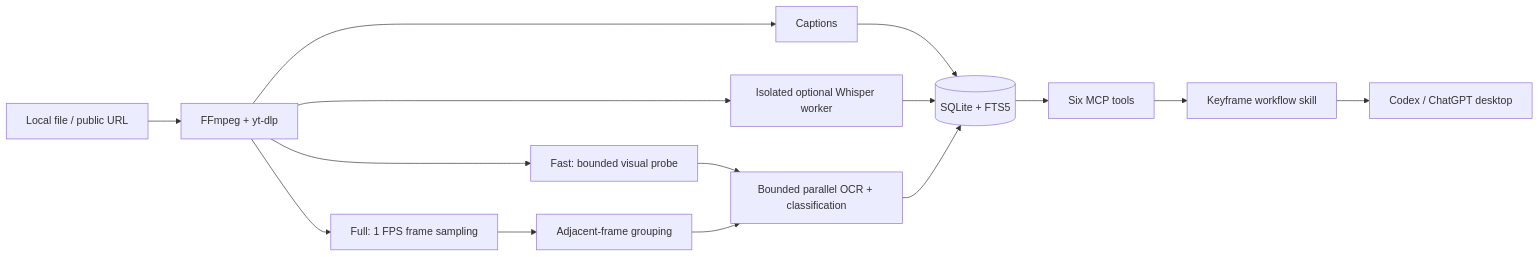
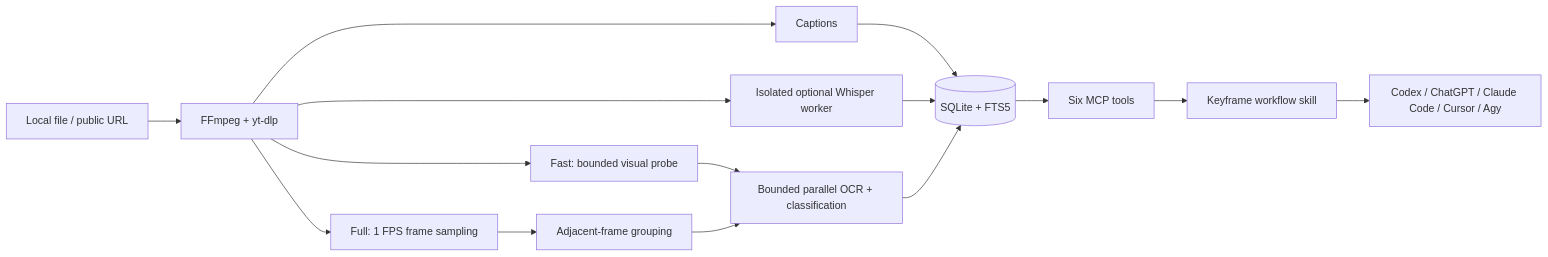
Before and after one commit to MatthewOscar/Keyframe: the diagram in README.md, drawn with Mermaid. The commit also changed other lines of this file and 18 other files, not shown here.

Commit message:
Add Claude Cursor and Agy compatibility

````diff
--- a/README.md
+++ b/README.md
@@ -166,17 +206,17 @@
 ```mermaid
 flowchart LR
     A[Local file / public URL] --> B[FFmpeg + yt-dlp]
     B --> C[Captions]
     B --> W[Isolated optional Whisper worker]
     B --> P[Fast: bounded visual probe]
     B --> D[Full: 1 FPS frame sampling]
     D --> E[Adjacent-frame grouping]
     P --> F[Bounded parallel OCR + classification]
     E --> F[Bounded parallel OCR + classification]
     C --> G[(SQLite + FTS5)]
     W --> G
     F --> G
     G --> H[Six MCP tools]
     H --> I[Keyframe workflow skill]
-    I --> J[Codex / ChatGPT desktop]
+    I --> J[Codex / ChatGPT / Claude Code / Cursor / Agy]
 ```
````
